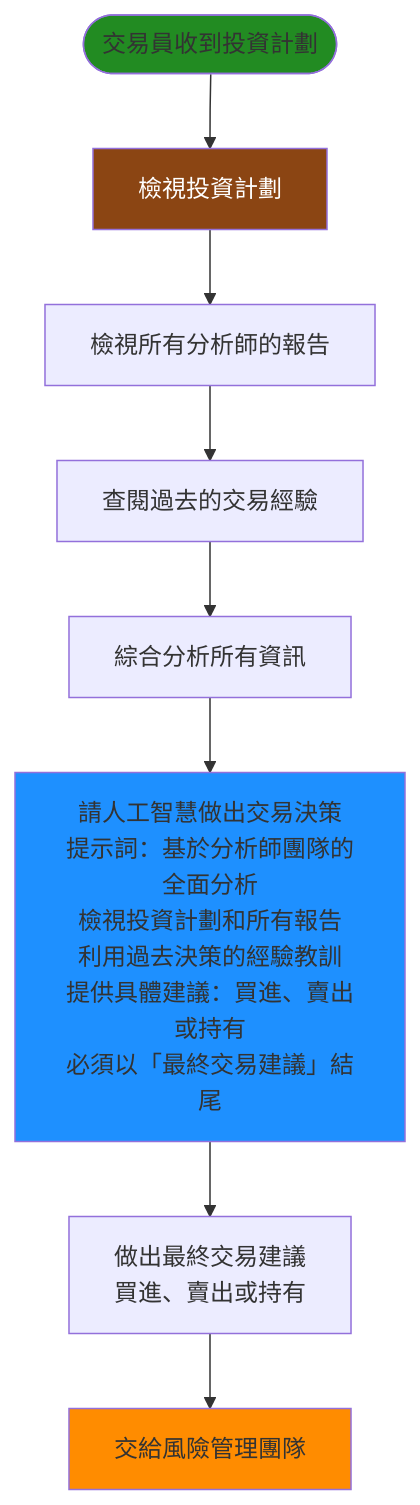
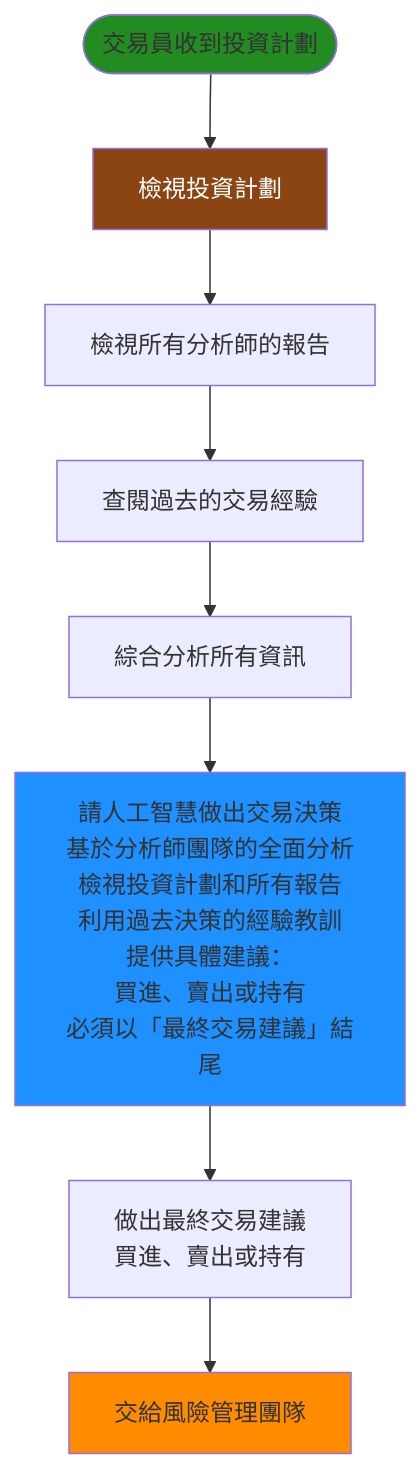
Before and after one commit to chitienshih-wq/Git_Test: the seventh of 9 diagrams in 流程圖_簡化.md, drawn with Mermaid. The commit also changed other lines of this file, not shown here.

````diff
--- a/流程圖_簡化.md
+++ b/流程圖_簡化.md
@@ -192,15 +192,15 @@
 ```mermaid
 flowchart TD
     Start([交易員收到投資計劃]) --> ReviewPlan[檢視投資計劃]
     ReviewPlan --> ReviewReports[檢視所有分析師的報告]
     ReviewReports --> CheckMemory[查閱過去的交易經驗]
     CheckMemory --> Analyze[綜合分析所有資訊]
-    Analyze --> AskAI[請人工智慧做出交易決策<br/>提示詞：基於分析師團隊的全面分析<br/>檢視投資計劃和所有報告<br/>利用過去決策的經驗教訓<br/>提供具體建議：買進、賣出或持有<br/>必須以「最終交易建議」結尾]
+    Analyze --> AskAI[請人工智慧做出交易決策<br/>基於分析師團隊的全面分析<br/>檢視投資計劃和所有報告<br/>利用過去決策的經驗教訓<br/>提供具體建議：<br/>買進、賣出或持有<br/>必須以「最終交易建議」結尾]
     AskAI --> MakeDecision[做出最終交易建議<br/>買進、賣出或持有]
     MakeDecision --> RiskTeam[交給風險管理團隊]
     
     style Start fill:#228B22
     style AskAI fill:#1E90FF
     style RiskTeam fill:#FF8C00
     style ReviewPlan fill:#8B4513,color:#FFFFFF
 ```
````
